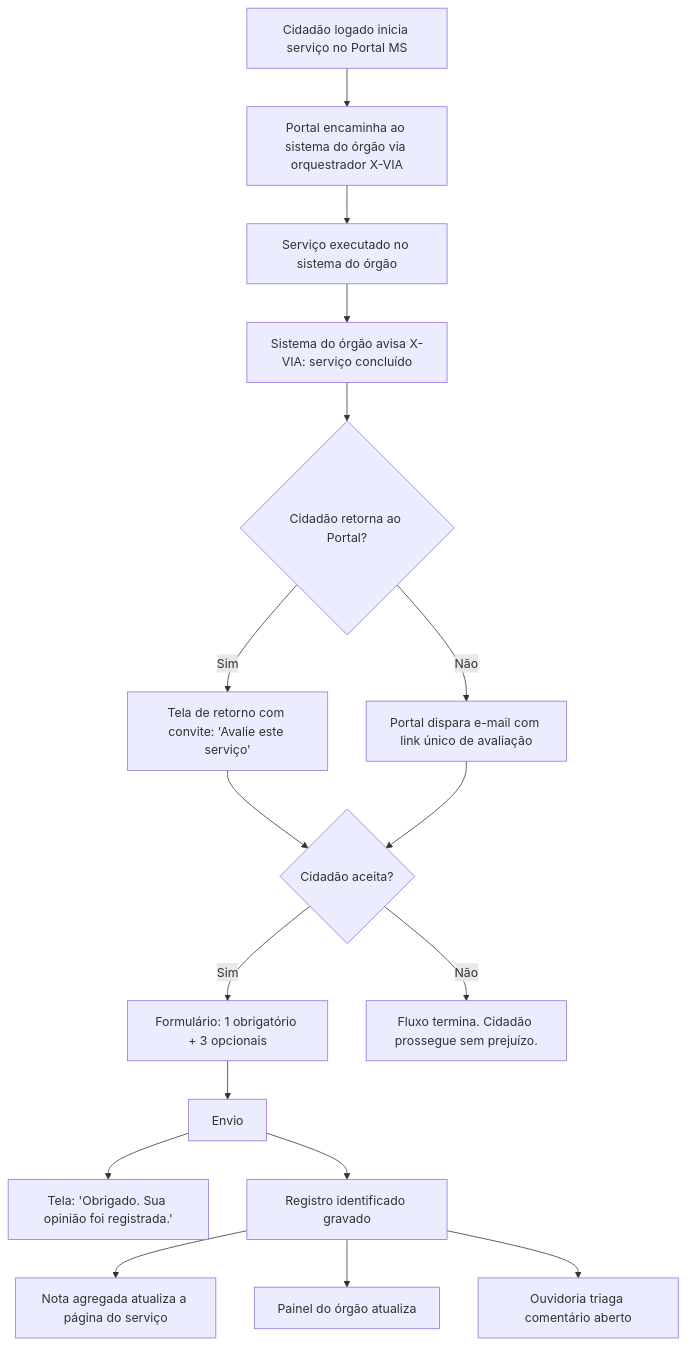
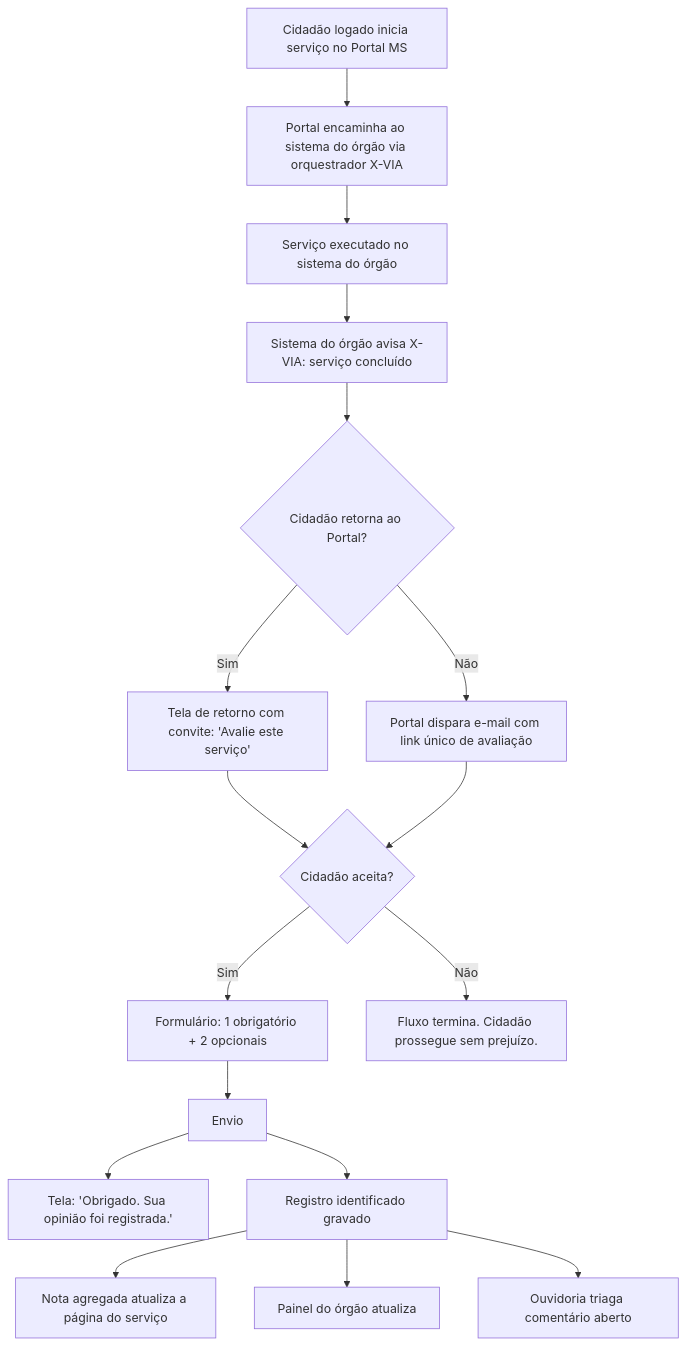
The first of 2 diagrams in docs/03-modelo-proposto.md (fabioramos-02/avaliacao-de-servicos), drawn with Mermaid before and after one commit. The commit also changed other lines of this file and 20 other files, not shown here.

````diff
--- a/docs/03-modelo-proposto.md
+++ b/docs/03-modelo-proposto.md
@@ -106,19 +112,19 @@
 ```mermaid
 graph TD
     A[Cidadão logado inicia serviço no Portal MS] --> B[Portal encaminha ao sistema do órgão via orquestrador X-VIA]
     B --> C[Serviço executado no sistema do órgão]
     C --> D[Sistema do órgão avisa X-VIA: serviço concluído]
     D --> E{Cidadão retorna ao Portal?}
     E -- Sim --> F[Tela de retorno com convite: 'Avalie este serviço']
     E -- Não --> G[Portal dispara e-mail com link único de avaliação]
     F --> H{Cidadão aceita?}
     G --> H
-    H -- Sim --> I[Formulário: 1 obrigatório + 3 opcionais]
+    H -- Sim --> I[Formulário: 1 obrigatório + 2 opcionais]
     H -- Não --> Z[Fluxo termina. Cidadão prossegue sem prejuízo.]
     I --> J[Envio]
     J --> K[Tela: 'Obrigado. Sua opinião foi registrada.']
     J --> L[Registro identificado gravado]
     L --> M[Nota agregada atualiza a página do serviço]
     L --> N[Painel do órgão atualiza]
     L --> O[Ouvidoria triaga comentário aberto]
 ```
````
